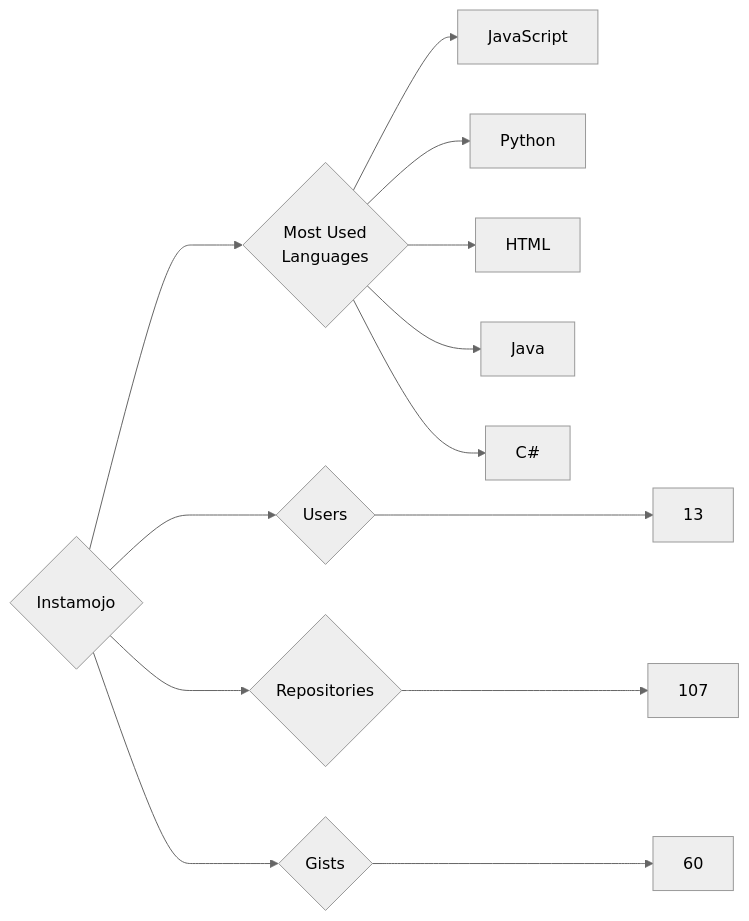
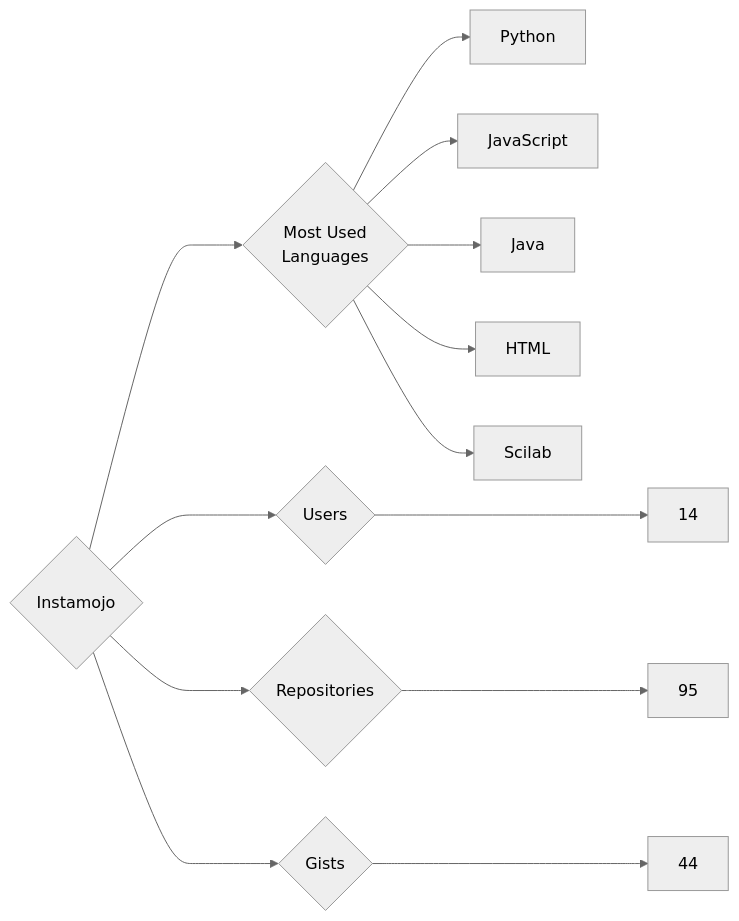
One commit to trickest/insiders changed the diagram in targets/Instamojo/README.md. Above: the diagram before and after it, drawn with Mermaid (neutral theme). The commit also changed 916 other files, not shown here.

````diff
--- a/targets/Instamojo/README.md
+++ b/targets/Instamojo/README.md
@@ -3,13 +3,13 @@
 ```mermaid
 graph LR
 COMPANY_NAME{Instamojo}
-COMPANY_NAME ---> U{Users} ---> UN[13]
-COMPANY_NAME ---> R{Repositories} ---> RN[107]
-COMPANY_NAME ---> G{Gists} ---> GN[60]
+COMPANY_NAME ---> U{Users} ---> UN[14]
+COMPANY_NAME ---> R{Repositories} ---> RN[95]
+COMPANY_NAME ---> G{Gists} ---> GN[44]
 COMPANY_NAME ---> ML{Most Used<br>Languages}
+ML --> Python[Python]
 ML --> JavaScript[JavaScript]
-ML --> Python[Python]
+ML --> Java[Java]
 ML --> HTML[HTML]
-ML --> Java[Java]
-ML --> C#[C#]
+ML --> Scilab[Scilab]
 ```
````
